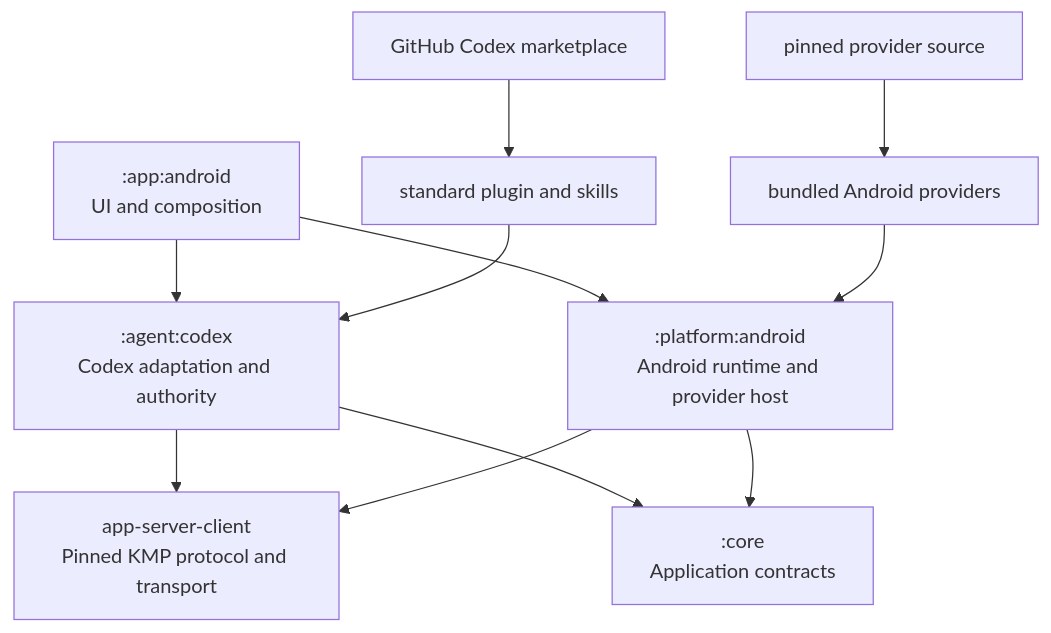
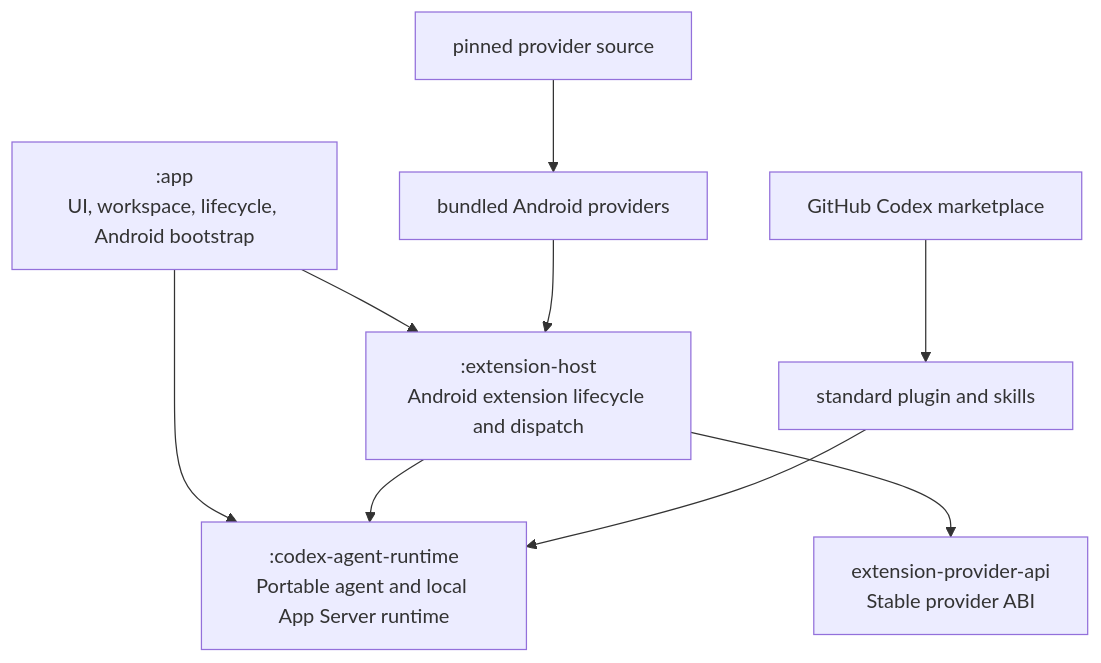
One commit to ciurlaro/codex-mobile changed the diagram in docs/architecture.md. Above: the diagram before and after it, drawn with Mermaid. The commit also changed other lines of this file and 530 other files, not shown here.

````diff
--- a/docs/architecture.md
+++ b/docs/architecture.md
@@ -5,13 +5,11 @@
 ```mermaid
 flowchart TB
-    App[":app:android\nUI and composition"] --> Agent[":agent:codex\nCodex adaptation and authority"]
-    App --> Platform[":platform:android\nAndroid runtime and provider host"]
-    Agent --> Client["app-server-client\nPinned KMP protocol and transport"]
-    Platform --> Client
-    Agent --> Core[":core\nApplication contracts"]
-    Platform --> Core
+    App[":app\nUI, workspace, lifecycle, Android bootstrap"] --> Runtime[":codex-agent-runtime\nPortable agent and local App Server runtime"]
+    App --> Host[":extension-host\nAndroid extension lifecycle and dispatch"]
+    Host --> Runtime
+    Host --> API["extension-provider-api\nStable provider ABI"]
     Source["GitHub Codex marketplace"] --> Plugin["standard plugin and skills"]
     ProviderSource["pinned provider source"] --> Bundled["bundled Android providers"]
-    Plugin --> Agent
-    Bundled --> Platform
+    Plugin --> Runtime
+    Bundled --> Host
 ```
````
